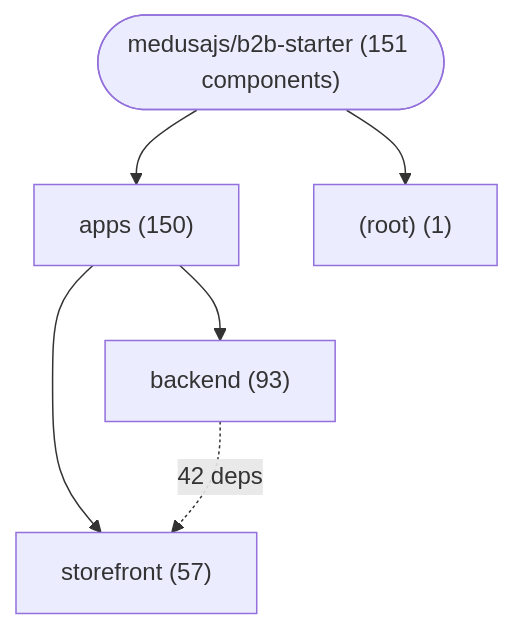
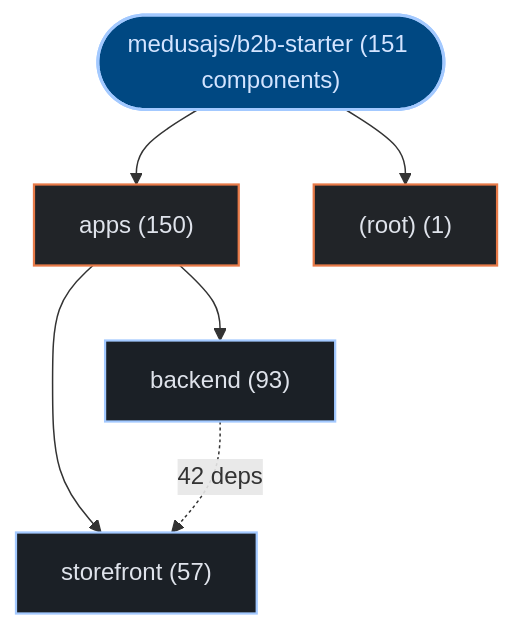
Before and after one commit to kumarshaz/atruss-code-atlas: the first of 2 diagrams in exports/latest/reports/medusajs-b2b-starter-report.md, drawn with Mermaid. The commit also changed other lines of this file and 331 other files, not shown here.

Commit message:
docs,ui,fix: update SDLC docs, reorder CI/CD DAG first, stylize Mermaid, and fix Arc42 pipeline topology

````diff
--- a/exports/latest/reports/medusajs-b2b-starter-report.md
+++ b/exports/latest/reports/medusajs-b2b-starter-report.md
@@ -42,13 +42,20 @@
 ```mermaid
 graph TD;
-    repo_root(["medusajs/b2b-starter (151 components)"])
-    dir_0_apps["apps (150)"]
+  classDef atlasRoot fill:#004882,stroke:#a3c9ff,stroke-width:2px,color:#d3e4ff
+  classDef atlasCategory fill:#212428,stroke:#E87A48,stroke-width:1.5px,color:#dfe3eb
+  classDef atlasWorkflow fill:#1b2026,stroke:#a3c9ff,stroke-width:1.5px,color:#dfe3eb
+  classDef atlasJob fill:#171c22,stroke:#8d9199,stroke-width:1px,color:#dfe3eb
+  classDef atlasTarget fill:#005227,stroke:#8bd99b,stroke-width:1.5px,color:#a7f6b6
+  classDef atlasAlert fill:#93000a,stroke:#ffb4ab,stroke-width:1.5px,color:#ffdad6
+  classDef atlasMore fill:#252a31,stroke:#8d9199,stroke-dasharray:4 4,color:#c3c6cf
+    repo_root(["medusajs/b2b-starter (151 components)"]):::atlasRoot
+    dir_0_apps["apps (150)"]:::atlasCategory
     repo_root --> dir_0_apps
-    sub_0_0_backend["backend (93)"]
+    sub_0_0_backend["backend (93)"]:::atlasWorkflow
     dir_0_apps --> sub_0_0_backend
-    sub_0_1_storefront["storefront (57)"]
+    sub_0_1_storefront["storefront (57)"]:::atlasWorkflow
     dir_0_apps --> sub_0_1_storefront
-    dir_1__root_["(root) (1)"]
+    dir_1__root_["(root) (1)"]:::atlasCategory
     repo_root --> dir_1__root_
     sub_0_0_backend -.->|"42 deps"| sub_0_1_storefront
 ```
````
